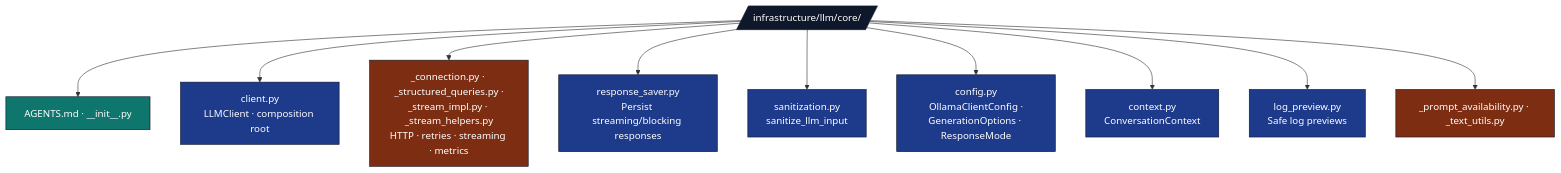
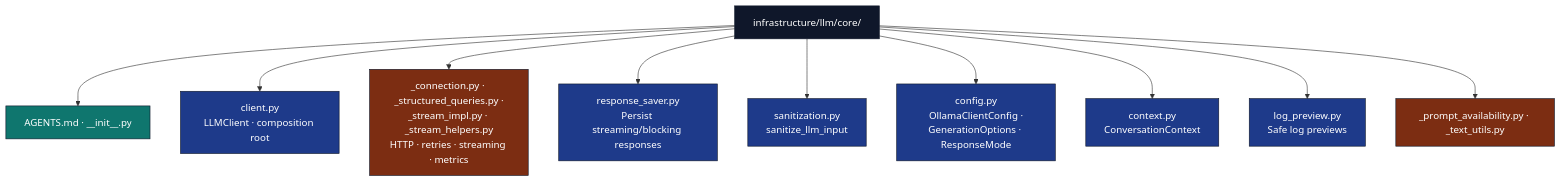
One commit to docxology/template changed the diagram in infrastructure/llm/core/AGENTS.md. Above: the diagram before and after it, drawn with Mermaid. The commit also changed 94 other files, not shown here.

````diff
--- a/infrastructure/llm/core/AGENTS.md
+++ b/infrastructure/llm/core/AGENTS.md
@@ -9,22 +9,22 @@
 ```mermaid
 flowchart TB
-    CORE[/infrastructure/llm/core//]
+    CORE[infrastructure/llm/core/]
     CORE --> META[AGENTS.md · __init__.py]
     CORE --> CLIENT[client.py<br/>LLMClient · composition root]
     CORE --> MIXINS[_connection.py · _structured_queries.py ·<br/>_stream_impl.py · _stream_helpers.py<br/>HTTP · retries · streaming · metrics]
     CORE --> SAVER[response_saver.py<br/>Persist streaming/blocking responses]
     CORE --> SAN[sanitization.py<br/>sanitize_llm_input]
     CORE --> CFG[config.py<br/>OllamaClientConfig ·<br/>GenerationOptions · ResponseMode]
     CORE --> CTX[context.py<br/>ConversationContext]
     CORE --> LOGP[log_preview.py<br/>Safe log previews]
     CORE --> PRIV[_prompt_availability.py · _text_utils.py]
 
     classDef d fill:#0f172a,stroke:#0f172a,color:#fff
     classDef code fill:#1e3a8a,stroke:#0f172a,color:#fff
     classDef priv fill:#7c2d12,stroke:#0f172a,color:#fff
     classDef doc fill:#0f766e,stroke:#0f172a,color:#fff
     class CORE d
     class CLIENT,SAVER,SAN,CFG,CTX,LOGP code
     class MIXINS,PRIV priv
     class META doc
 ```
````
